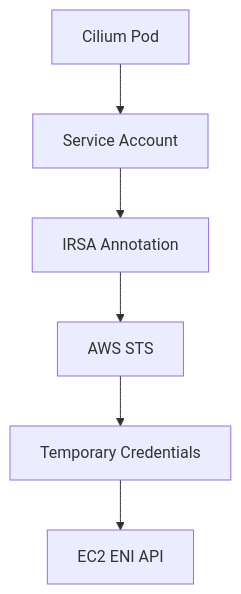
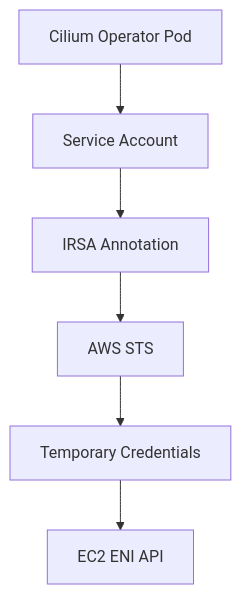
One commit to OneUptime/blog changed the diagram in posts/2026-03-14-how-to-secure-aws-secrets-in-cilium-security/README.md. Above: the diagram before and after it, drawn with Mermaid. The commit also changed other lines of this file and 2 other files, not shown here.

Commit message:
validate: 2026-03-14-how-to-secure-aws-secrets-in-cilium-security

````diff
--- a/posts/2026-03-14-how-to-secure-aws-secrets-in-cilium-security/README.md
+++ b/posts/2026-03-14-how-to-secure-aws-secrets-in-cilium-security/README.md
@@ -65,8 +63,8 @@
 ```mermaid
 graph TD
-    A[Cilium Pod] --> B[Service Account]
+    A[Cilium Operator Pod] --> B[Service Account]
     B --> C[IRSA Annotation]
     C --> D[AWS STS]
     D --> E[Temporary Credentials]
     E --> F[EC2 ENI API]
 ```
````
